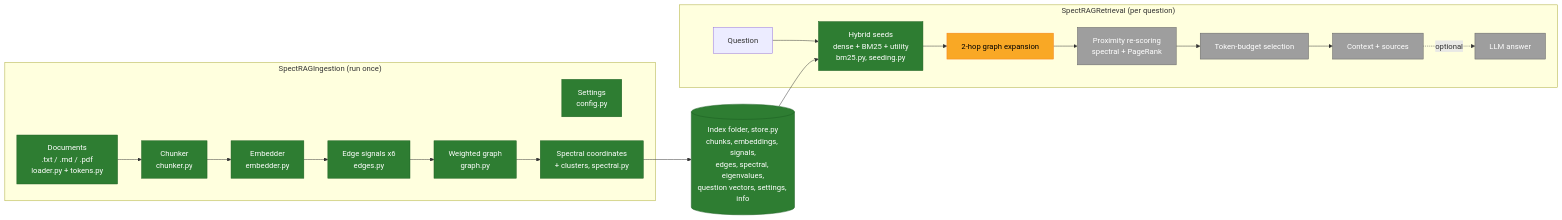
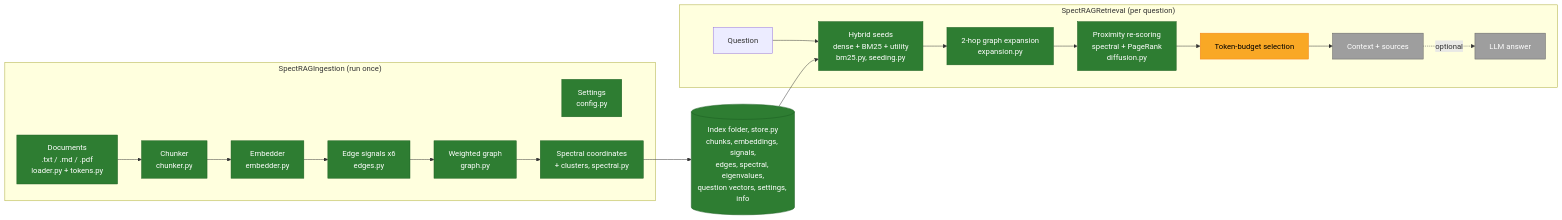
The first of 12 diagrams in README.md (aion7891/Spect-RAG), drawn with Mermaid before and after one commit. The commit also changed other lines of this file and 6 other files, not shown here.

Commit message:
feat: Phase 8 – 2-hop graph expansion and proximity re-scoring (PageRank + spectral closeness)

````diff
--- a/README.md
+++ b/README.md
@@ -152,24 +153,24 @@
 ```mermaid
 flowchart LR
     subgraph OFFLINE["SpectRAGIngestion (run once)"]
         S["Settings<br/>config.py"]:::done
         A["Documents<br/>.txt / .md / .pdf<br/>loader.py + tokens.py"]:::done --> B["Chunker<br/>chunker.py"]:::done
         B --> C["Embedder<br/>embedder.py"]:::done
         C --> D["Edge signals x6<br/>edges.py"]:::done
         D --> E["Weighted graph<br/>graph.py"]:::done
         E --> F["Spectral coordinates<br/>+ clusters, spectral.py"]:::done
     end
     F --> G[("Index folder, store.py<br/>chunks, embeddings, signals,<br/>edges, spectral, eigenvalues,<br/>question vectors, settings, info")]:::done
     subgraph ONLINE["SpectRAGRetrieval (per question)"]
         H["Question"] --> I["Hybrid seeds<br/>dense + BM25 + utility<br/>bm25.py, seeding.py"]:::done
-        I --> J["2-hop graph expansion"]:::doing
-        J --> K["Proximity re-scoring<br/>spectral + PageRank"]:::todo
-        K --> L["Token-budget selection"]:::todo
+        I --> J["2-hop graph expansion<br/>expansion.py"]:::done
+        J --> K["Proximity re-scoring<br/>spectral + PageRank<br/>diffusion.py"]:::done
+        K --> L["Token-budget selection"]:::doing
         L --> M["Context + sources"]:::todo
         M -.optional.-> N["LLM answer"]:::todo
     end
     G --> I
     classDef done fill:#2e7d32,color:#fff,stroke:#1b5e20
     classDef doing fill:#f9a825,color:#000,stroke:#f57f17
     classDef todo fill:#9e9e9e,color:#fff,stroke:#616161
 ```
````
